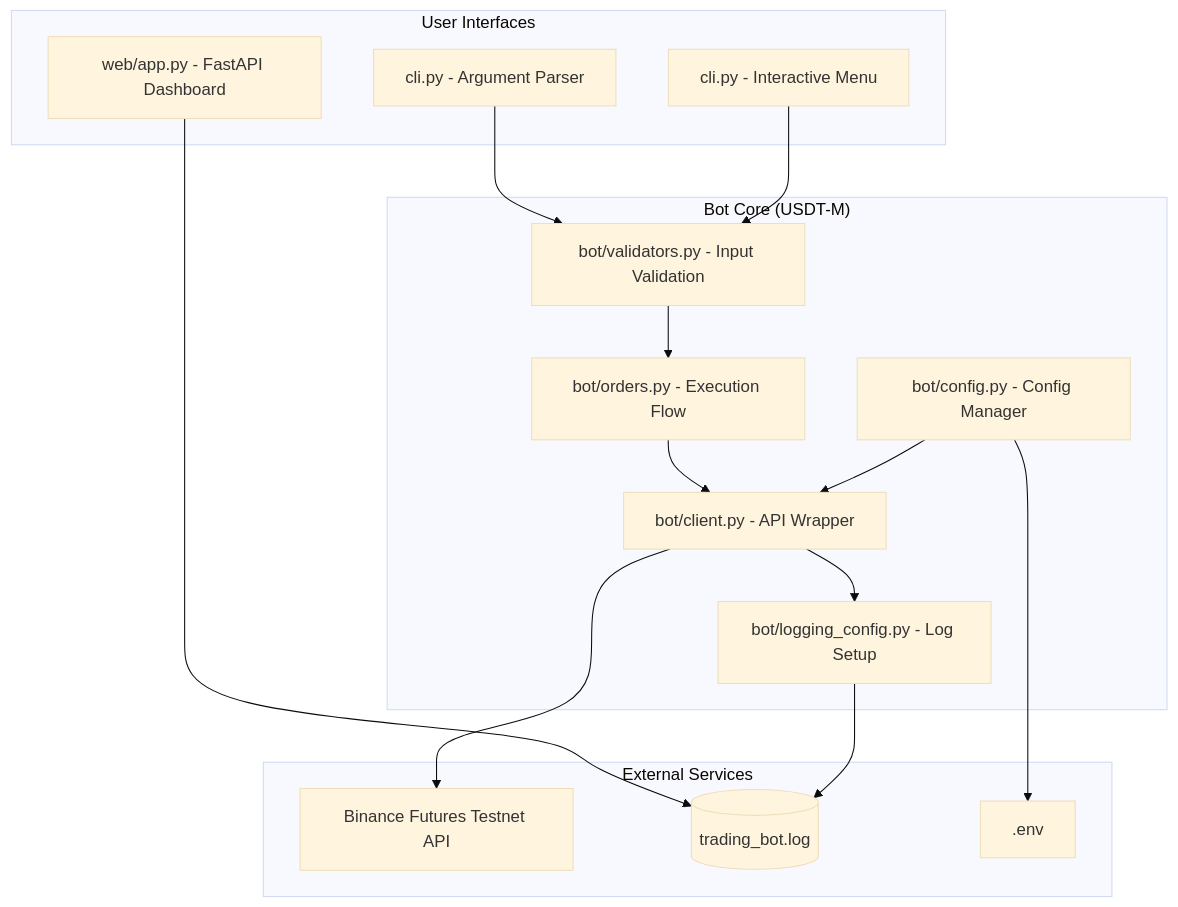
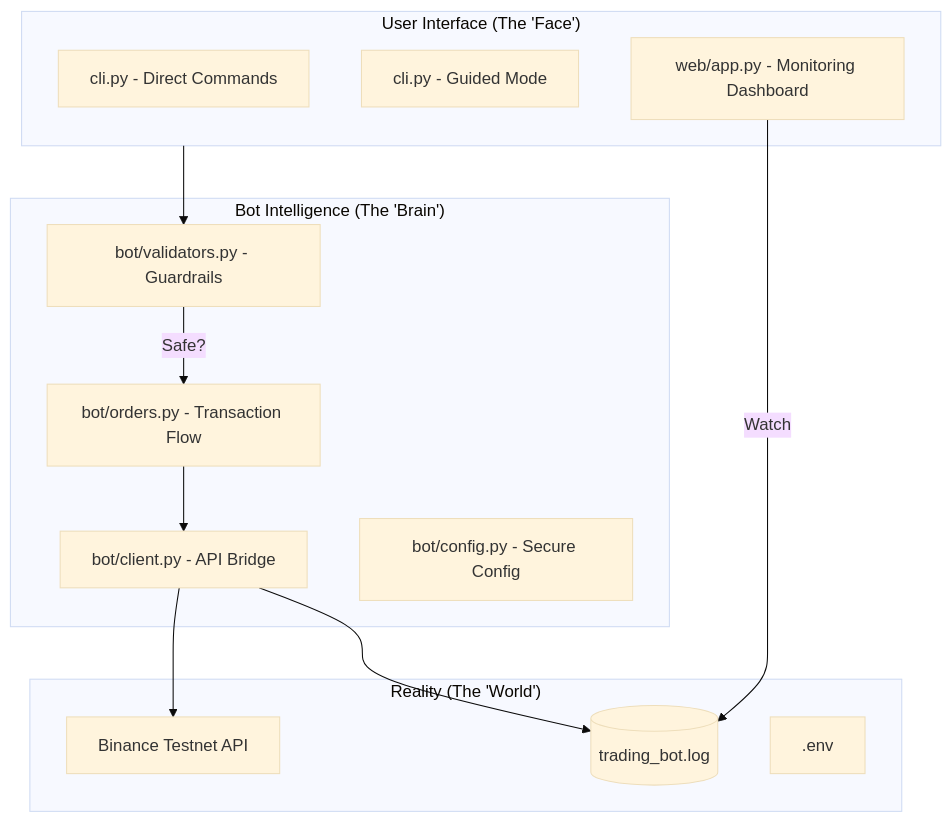
The diagram in README.md (sunkireddy-Barath/FuturesX-Trader), drawn with Mermaid (base theme) before and after one commit. The commit also changed other lines of this file, not shown here.

````diff
--- a/README.md
+++ b/README.md
@@ -11,35 +19,29 @@
 ```mermaid
 graph TD
-    subgraph User_Interface ["User Interfaces"]
-        CLI[cli.py - Argument Parser]
-        Interactive[cli.py - Interactive Menu]
-        WebUI[web/app.py - FastAPI Dashboard]
+    subgraph UI_Layer ["User Interface (The 'Face')"]
+        CLI[cli.py - Direct Commands]
+        Interactive[cli.py - Guided Mode]
+        WebUI[web/app.py - Monitoring Dashboard]
     end
 
-    subgraph Bot_Core ["Bot Core (USDT-M)"]
-        Orders[bot/orders.py - Execution Flow]
-        Validators[bot/validators.py - Input Validation]
-        Client[bot/client.py - API Wrapper]
-        Config[bot/config.py - Config Manager]
-        LogConfig[bot/logging_config.py - Log Setup]
+    subgraph Core_Layer ["Bot Intelligence (The 'Brain')"]
+        Orders[bot/orders.py - Transaction Flow]
+        Validators[bot/validators.py - Guardrails]
+        Client[bot/client.py - API Bridge]
+        Config[bot/config.py - Secure Config]
     end
 
-    subgraph External ["External Services"]
-        BinanceAPI[Binance Futures Testnet API]
+    subgraph External ["Reality (The 'World')"]
+        BinanceAPI[Binance Testnet API]
         LogFile[(trading_bot.log)]
         EnvFile[.env]
     end
 
-    %% Interactions
-    CLI --> Validators
-    Interactive --> Validators
-    WebUI --> LogFile
-    
-    Validators --> Orders
+    %% Flow
+    UI_Layer --> Validators
+    Validators -- "Safe?" --> Orders
     Orders --> Client
     Client --> BinanceAPI
-    Client --> LogConfig
-    LogConfig --> LogFile
-    Config --> EnvFile
-    Config --> Client
+    Client --> LogFile
+    WebUI -- "Watch" --> LogFile
 ```
````
